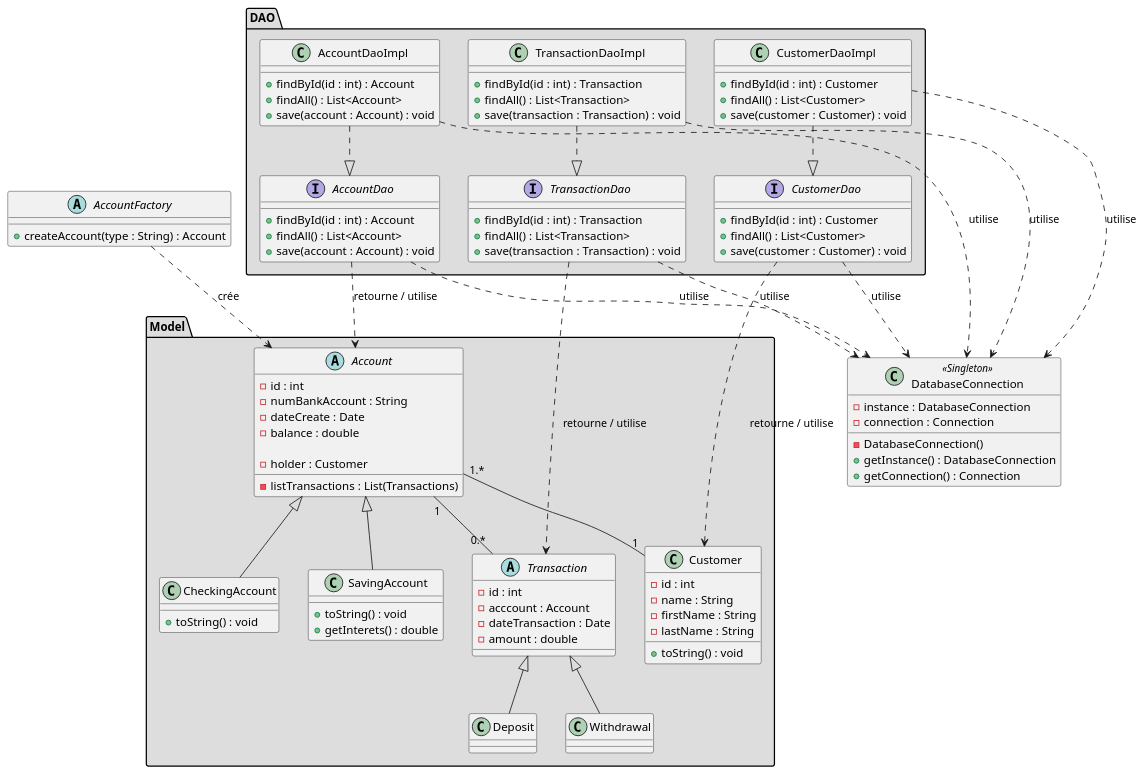
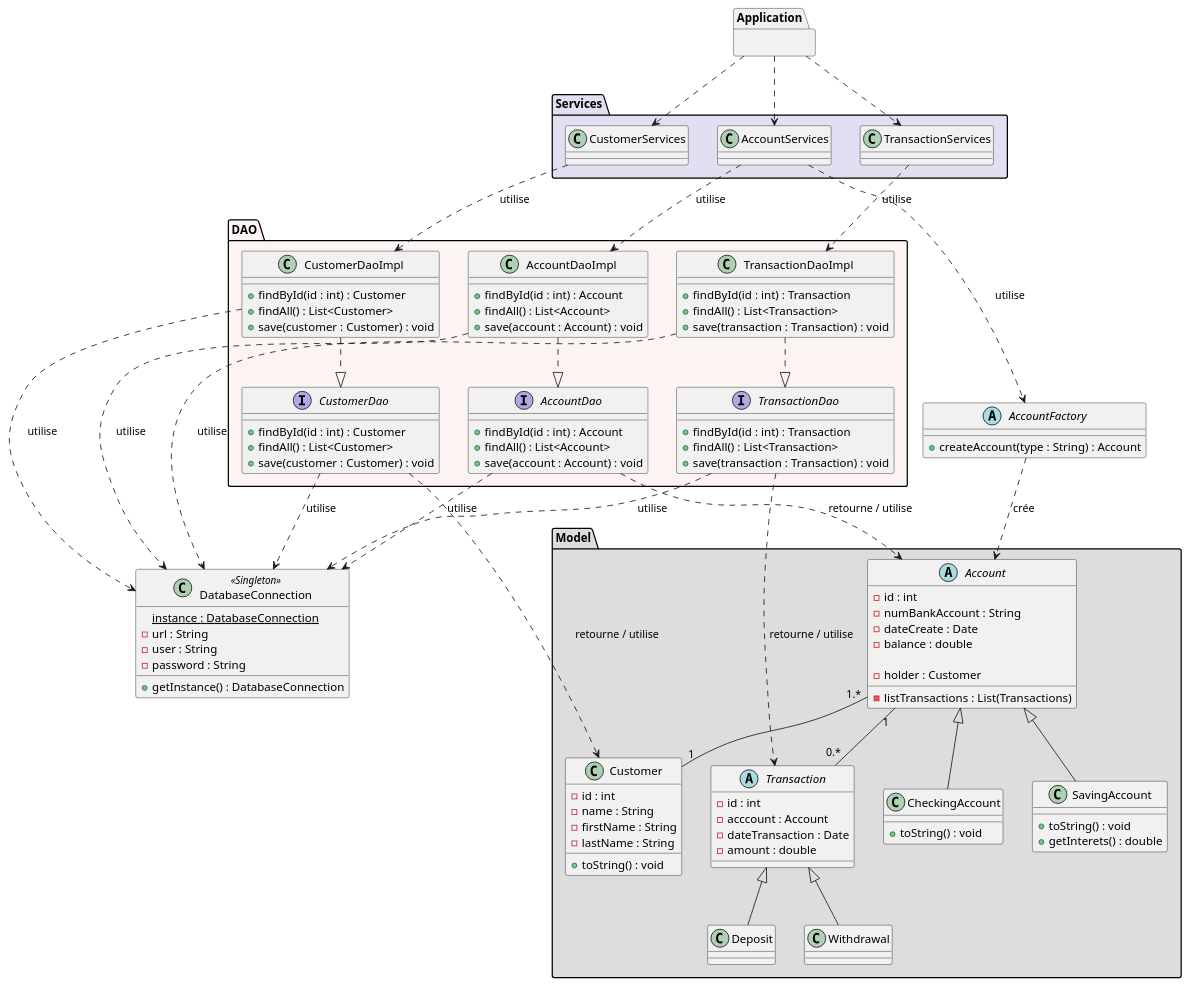
One commit to severinehmfms/TPBank changed the diagram in docs/classes.puml. Above: the diagram before and after it, drawn with PlantUML. The commit also changed 1 other file, not shown here.

Commit message:
Ajout des services dans le diagramme UML des classes

```diff
--- a/docs/classes.puml
+++ b/docs/classes.puml
@@ -1,109 +1,133 @@
 @startuml
 
-class DatabaseConnection <<Singleton>> {
-    - instance : DatabaseConnection
-    - connection : Connection
-    - DatabaseConnection()
-    + getInstance() : DatabaseConnection
-    + getConnection() : Connection
-}
-
-package "DAO" #DDDDDD {
-    interface CustomerDao {
-        + findById(id : int) : Customer
-        + findAll() : List<Customer>
-        + save(customer : Customer) : void
-    }
-    class CustomerDaoImpl {
-        + findById(id : int) : Customer
-        + findAll() : List<Customer>
-        + save(customer : Customer) : void
-    }
-    interface AccountDao {
-        + findById(id : int) : Account
-        + findAll() : List<Account>
-        + save(account : Account) : void
-    }
-    class AccountDaoImpl {
-        + findById(id : int) : Account
-        + findAll() : List<Account>
-        + save(account : Account) : void
-    }
-    interface TransactionDao {
-        + findById(id : int) : Transaction
-        + findAll() : List<Transaction>
-        + save(transaction : Transaction) : void
-    }
-    class TransactionDaoImpl {
-        + findById(id : int) : Transaction
-        + findAll() : List<Transaction>
-        + save(transaction : Transaction) : void
-    }
+abstract class AccountFactory{
+    + createAccount(type : String) : Account
 }
 
 package "Model" #DDDDDD {
     class Customer {
         - id : int
         - name : String
         - firstName : String
         - lastName : String
         + toString() : void
     }
     abstract class Account{
         - id : int
         - numBankAccount : String
         - dateCreate : Date
         - balance : double
 
         - holder : Customer
         - listTransactions : List(Transactions)
     }
     class CheckingAccount extends Account{
         + toString() : void
     }
     class SavingAccount extends Account{
         + toString() : void
         + getInterets() : double
     }
     abstract class Transaction{
         - id : int
         - acccount : Account
         - dateTransaction : Date
         - amount : double
     }
     class Deposit extends Transaction{
 
     }
     class Withdrawal extends Transaction{
 
     }
 }
 
+package "Services" #E3DFF2 {
+    class CustomerServices{
 
+    }
+    class AccountServices{
 
-abstract class AccountFactory{
-    + createAccount(type : String) : Account
+    }
+    class TransactionServices{
+
+    }
+}
+
+package "Application" {
+
+}
+
+package "DAO" #FCF4F2 {
+    interface CustomerDao {
+        + findById(id : int) : Customer
+        + findAll() : List<Customer>
+        + save(customer : Customer) : void
+    }
+    class CustomerDaoImpl {
+        + findById(id : int) : Customer
+        + findAll() : List<Customer>
+        + save(customer : Customer) : void
+    }
+    interface AccountDao {
+        + findById(id : int) : Account
+        + findAll() : List<Account>
+        + save(account : Account) : void
+    }
+    class AccountDaoImpl {
+        + findById(id : int) : Account
+        + findAll() : List<Account>
+        + save(account : Account) : void
+    }
+    interface TransactionDao {
+        + findById(id : int) : Transaction
+        + findAll() : List<Transaction>
+        + save(transaction : Transaction) : void
+    }
+    class TransactionDaoImpl {
+        + findById(id : int) : Transaction
+        + findAll() : List<Transaction>
+        + save(transaction : Transaction) : void
+    }
+}
+
+class DatabaseConnection <<Singleton>> {
+    {static} instance : DatabaseConnection
+    - url : String
+    - user : String
+    - password : String
+    + getInstance() : DatabaseConnection
 }
 
 Account "1.*" -- "1" Customer
 Account "1" -- "0.*" Transaction
 
 AccountFactory ..> Account : crée
 
 CustomerDao ..> DatabaseConnection : utilise
 AccountDao ..> DatabaseConnection : utilise
 TransactionDao ..> DatabaseConnection : utilise
 
 CustomerDaoImpl ..|> CustomerDao
 CustomerDao ..> Customer : retourne / utilise
 CustomerDaoImpl ..> DatabaseConnection : utilise
 
 AccountDaoImpl ..|> AccountDao
 AccountDao ..> Account : retourne / utilise
 AccountDaoImpl ..> DatabaseConnection : utilise
 
 TransactionDaoImpl ..|> TransactionDao
 TransactionDao ..> Transaction : retourne / utilise
 TransactionDaoImpl ..> DatabaseConnection : utilise
 
+CustomerServices ..> CustomerDaoImpl : utilise
+AccountServices ..> AccountDaoImpl : utilise
+TransactionServices ..> TransactionDaoImpl : utilise
+
+AccountServices ..> AccountFactory : utilise
+
+Application ..> AccountServices
+Application ..> TransactionServices
+Application ..> CustomerServices
+
 @enduml
```
